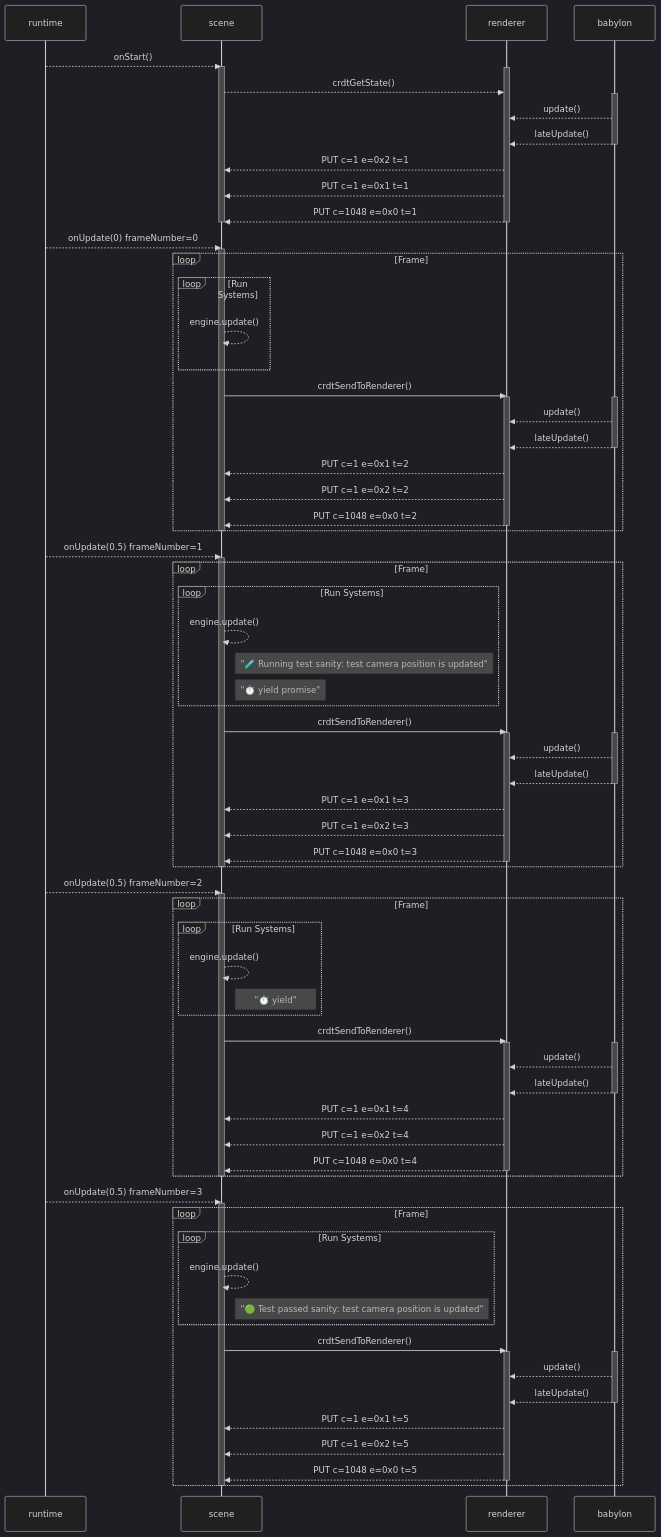
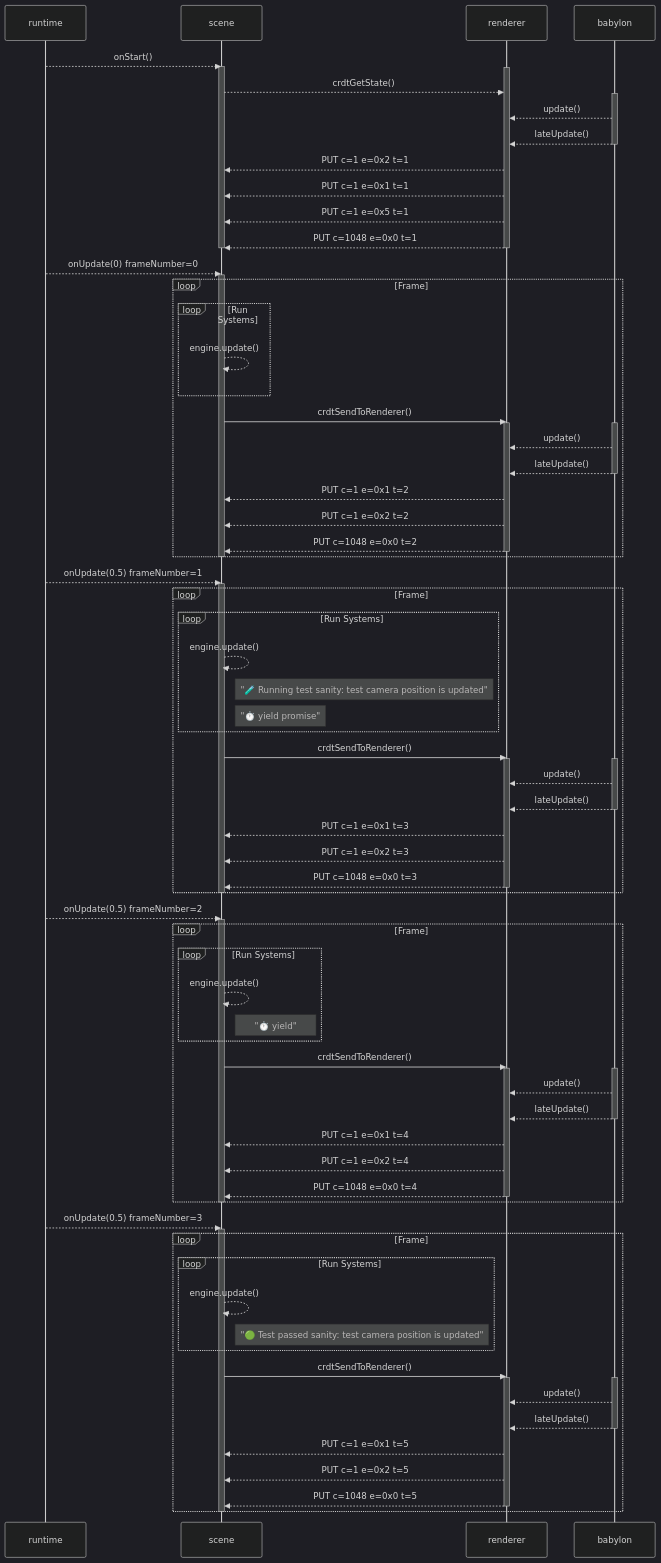
The diagram in testing-realm/scene-0_0/src/tests/camera-position.test.ts.snapshot.md (decentraland/hammurabi), drawn with Mermaid (dark theme) before and after one commit. The commit also changed 47 other files, not shown here.

```diff
--- a/testing-realm/scene-0_0/src/tests/camera-position.test.ts.snapshot.md
+++ b/testing-realm/scene-0_0/src/tests/camera-position.test.ts.snapshot.md
@@ -15,6 +15,7 @@
   deactivate babylon
     renderer-->>scene: PUT c=1 e=0x2 t=1 #v={"position":{"_isDirty":true,"_x":0,"_y":0,"_z":0},"rotation":{"_isDirty":true,"_x":0,"_y":0,"_z":0,"_w":1},"scale":{"_isDirty":true,"_x":1,"_y":1,"_z":1},"parent":0}
     renderer-->>scene: PUT c=1 e=0x1 t=1 #v={"position":{"_isDirty":true,"_x":0,"_y":-1.600000023841858,"_z":0},"rotation":{"_isDirty":true,"_x":0,"_y":0,"_z":0,"_w":1},"scale":{"_isDirty":true,"_x":1,"_y":1,"_z":1},"parent":0}
+    renderer-->>scene: PUT c=1 e=0x5 t=1 #v={"position":{"_isDirty":true,"_x":0,"_y":0,"_z":0},"rotation":{"_isDirty":true,"_x":0,"_y":0,"_z":0,"_w":1},"scale":{"_isDirty":true,"_x":1,"_y":1,"_z":1},"parent":0}
     renderer-->>scene: PUT c=1048 e=0x0 t=1 #v={"frameNumber":0,"totalRuntime":1,"tickNumber":0}
   deactivate renderer
   deactivate scene
```
